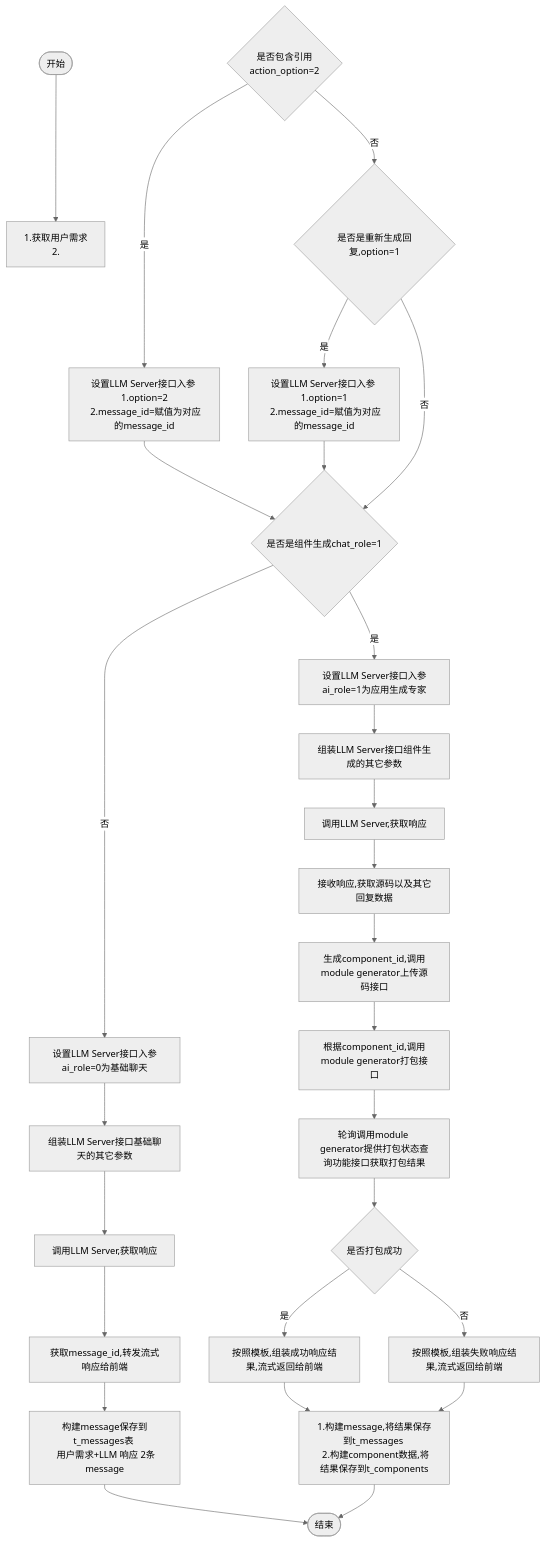
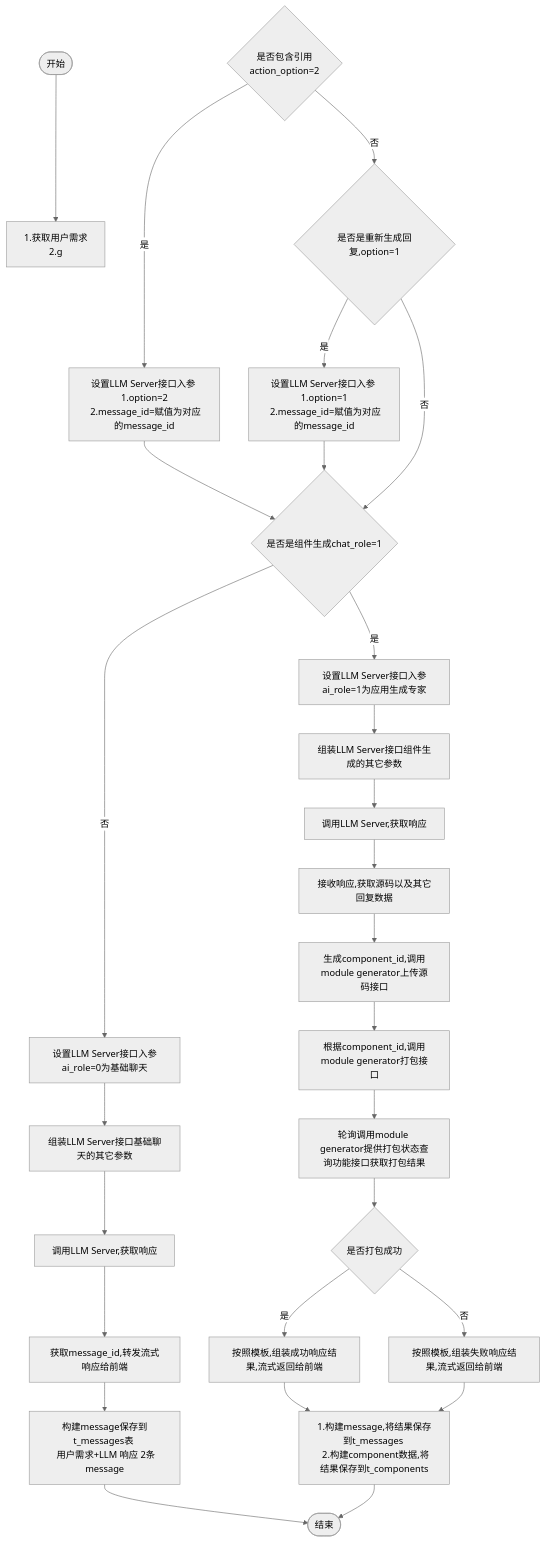
Before and after one commit to yingjianzh/iodraw-files: the diagram in all/w3-会话-不需要传递message.md, drawn with Mermaid (neutral theme).

Commit message:
2024-10-15 14:17:51 update

````diff
--- a/all/w3-会话-不需要传递message.md
+++ b/all/w3-会话-不需要传递message.md
@@ -1,34 +1,34 @@
 ```mermaid
 flowchart TD
-    A([开始]) --> B[1.获取用户需求 \n 2.]
+    A([开始]) --> B[1.获取用户需求 \n 2.g]
     D{是否包含引用 \n action_option=2}
     D -- 是 --> E[设置LLM Server接口入参 \n 1.option=2 \n 2.message_id=赋值为对应的message_id]
     D -- 否 --> F{是否是重新生成回复,option=1}
     F -- 是 --> G[设置LLM Server接口入参 \n 1.option=1 \n 2.message_id=赋值为对应的message_id]
     F -- 否 --> I
      
     E & G --> I{是否是组件生成chat_role=1}
     I -- 否 --> K[设置LLM Server接口入参ai_role=0为基础聊天]
     I -- 是 --> J[设置LLM Server接口入参ai_role=1为应用生成专家]
     
 
     J --> L[组装LLM Server接口组件生成的其它参数]    
     K --> M[组装LLM Server接口基础聊天的其它参数]    
     M --> N[调用LLM Server,获取响应]    
     N --> O[获取message_id,转发流式响应给前端]
     O --> P[构建message保存到t_messages表 \n 用户需求+LLM 响应 2条message]
     P --> R([结束])
 
 
     L --> S[调用LLM Server,获取响应]
     S --> T[接收响应,获取源码以及其它回复数据]
     T --> U[生成component_id,调用module generator上传源码接口]
     U --> V[根据component_id,调用module generator打包接口]
     V --> W[轮询调用module generator提供打包状态查询功能接口获取打包结果]
     W --> X{是否打包成功}
     X -- 是 --> Y[按照模板,组装成功响应结果,流式返回给前端]
     X -- 否 --> Z[按照模板,组装失败响应结果,流式返回给前端]
 
     Y & Z --> Result[1.构建message,将结果保存到t_messages \n 2.构建component数据,将结果保存到t_components]
     Result --> R
 ```
````
